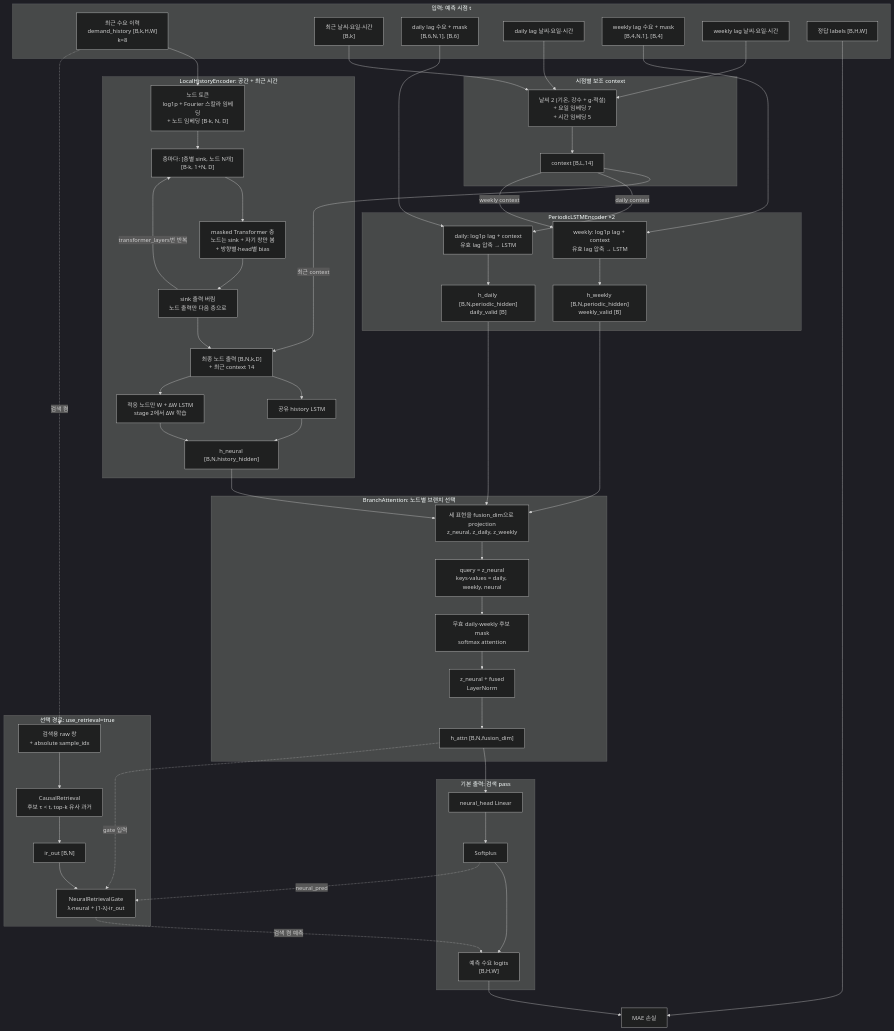
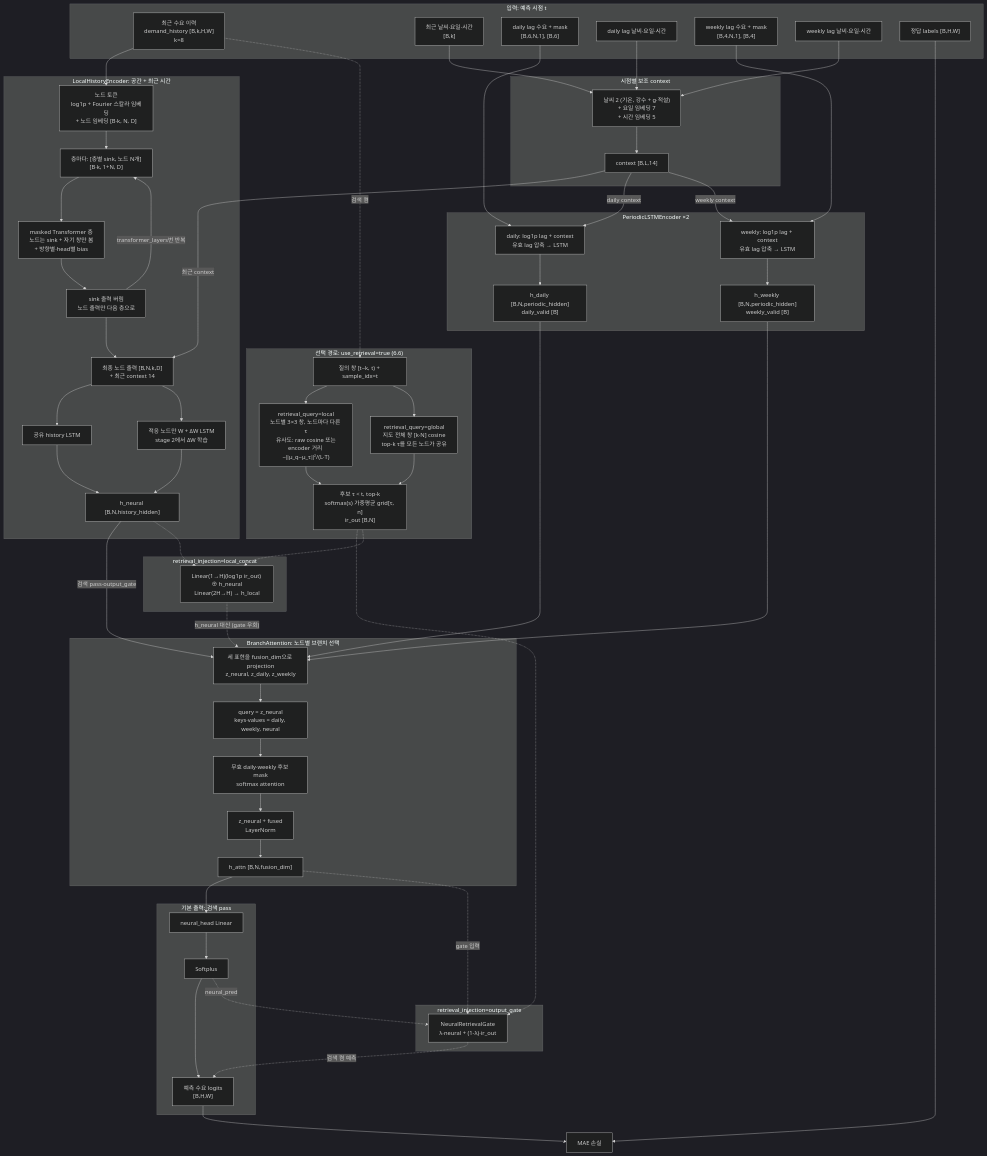
One commit to dev-jake-kim/demandprediction changed the diagram in docs/SPEC.md. Above: the diagram before and after it, drawn with Mermaid (dark theme). The commit also changed other lines of this file, not shown here.

Commit message:
SPEC: update data-flow diagram for retrieval query modes (local/global, encoder similarity) and injection routes

````diff
--- a/docs/SPEC.md
+++ b/docs/SPEC.md
@@ -90,7 +91,7 @@
         A1 --> A2 --> A3 --> A4 --> HA
     end
 
-    HN --> A1
+    HN -->|"검색 pass·output_gate"| A1
     HD --> A1
     HW --> A1
 
@@ -105,16 +106,29 @@
     PRED --> LOSS["MAE 손실"]
     Y --> LOSS
 
-    subgraph RET["선택 경로: use_retrieval=true"]
-        R1["검색용 raw 창<br/>+ absolute sample_idx"]
-        R2["CausalRetrieval<br/>후보 τ < t, top-k 유사 과거"]
-        R3["ir_out [B,N]"]
+    subgraph RET["선택 경로: use_retrieval=true (6.6)"]
+        R1["질의 창 [t−k, t) + sample_idx=t"]
+        R2L["retrieval_query=local<br/>노드별 3×3 창, 노드마다 다른 τ<br/>유사도: raw cosine 또는<br/>encoder 거리 −‖μ_q−μ_τ‖²/(L·T)"]
+        R2G["retrieval_query=global<br/>지도 전체 창 [k·N] cosine<br/>top-k τ를 모든 노드가 공유"]
+        R3["후보 τ < t, top-k<br/>softmax(s) 가중평균 grid[τ, n]<br/>ir_out [B,N]"]
+        R1 --> R2L --> R3
+        R1 --> R2G --> R3
+    end
+
+    subgraph INJ_G["retrieval_injection=output_gate"]
         R4["NeuralRetrievalGate<br/>λ·neural + (1-λ)·ir_out"]
-        R1 --> R2 --> R3 --> R4
+    end
+
+    subgraph INJ_L["retrieval_injection=local_concat"]
+        R5["Linear(1→H)(log1p ir_out) ⊕ h_neural<br/>Linear(2H→H) → h_local"]
     end
 
     H -.->|"검색 켬"| R1
+    R3 -.-> R4
     HA -.->|"gate 입력"| R4
     O2 -.->|"neural_pred"| R4
     R4 -.->|"검색 켬 예측"| PRED
+    R3 -.-> R5
+    HN -.-> R5
+    R5 -.->|"h_neural 대신 (gate 우회)"| A1
 ```
````
